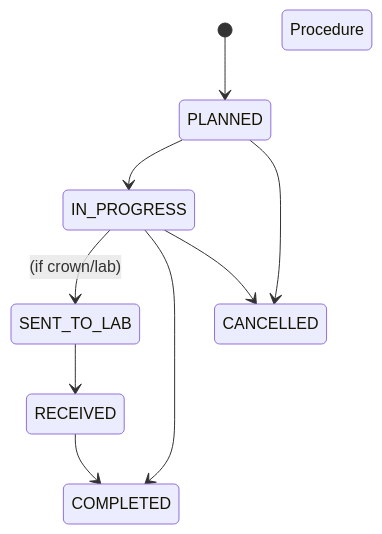
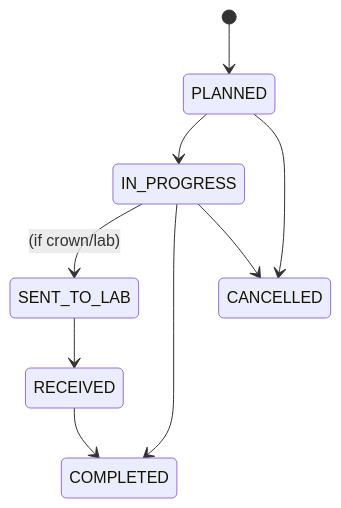
One commit to SezarMAB/clinicX changed the second of 3 diagrams in docs/Treatment/treatments-procedures-backend-plan.md. Above: the diagram before and after it, drawn with Mermaid. The commit also changed other lines of this file, not shown here.

````diff
--- a/docs/Treatment/treatments-procedures-backend-plan.md
+++ b/docs/Treatment/treatments-procedures-backend-plan.md
@@ -83,12 +83,11 @@
 ```mermaid
 stateDiagram-v2
   [*] --> PLANNED
   PLANNED --> IN_PROGRESS
   IN_PROGRESS --> SENT_TO_LAB: (if crown/lab)
   SENT_TO_LAB --> RECEIVED
   RECEIVED --> COMPLETED
   IN_PROGRESS --> COMPLETED
   PLANNED --> CANCELLED
   IN_PROGRESS --> CANCELLED
-  state "Procedure" as P
 ```
````
